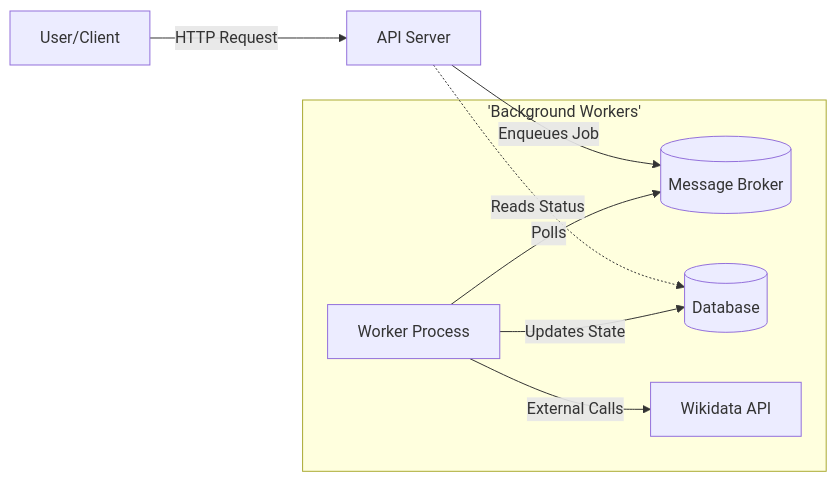
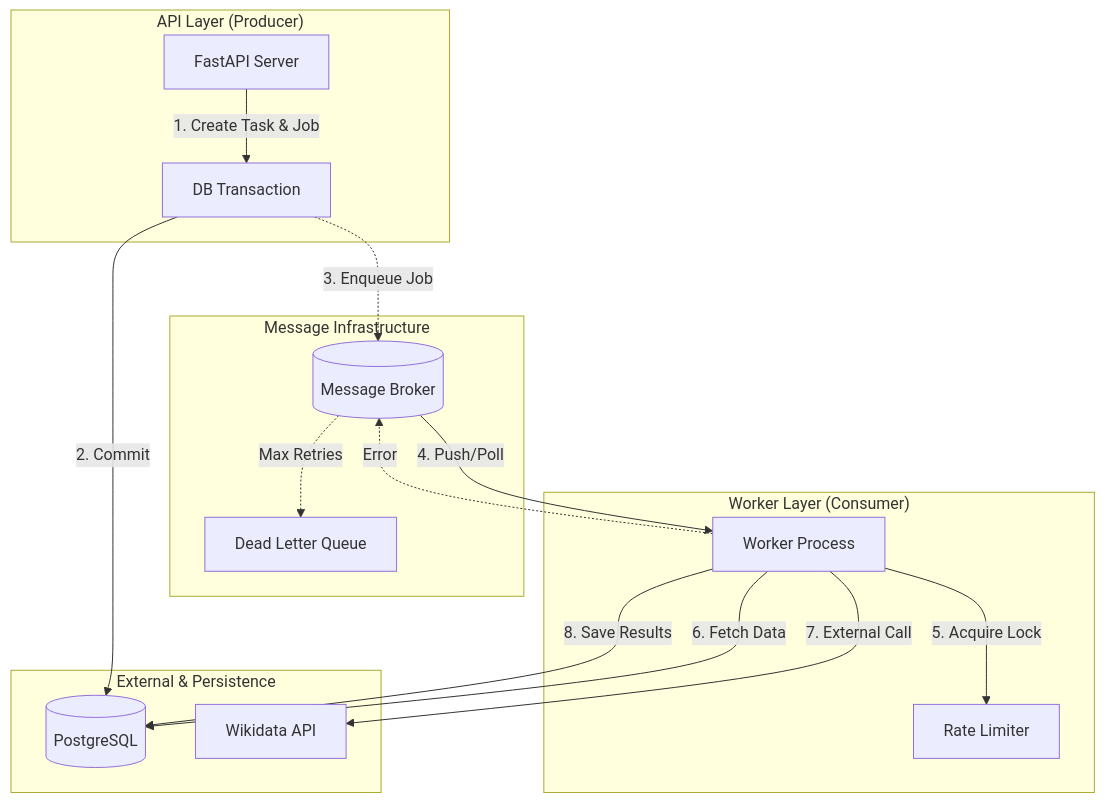
The diagram in backend/BACKGROUND_PROCESSING_DESIGN.md (kosovojs/record-linker-v1), drawn with Mermaid before and after one commit. The commit also changed other lines of this file, not shown here.

First line of the commit message:
docs(backend): expand background processing design document

````diff
--- a/backend/BACKGROUND_PROCESSING_DESIGN.md
+++ b/backend/BACKGROUND_PROCESSING_DESIGN.md
@@ -11,12 +20,35 @@
 ```mermaid
-graph LR
-    User[User/Client] -->|HTTP Request| API[API Server]
-    API -->|Enqueues Job| Broker[(Message Broker)]
-    API -.->|Reads Status| DB[(Database)]
+graph TD
+    subgraph "API Layer (Producer)"
+        API[FastAPI Server]
+        Transaction[DB Transaction]
+    end
 
-    subgraph 'Background Workers'
-        Worker[Worker Process] -->|Polls| Broker
-        Worker -->|External Calls| Wikidata[Wikidata API]
-        Worker -->|Updates State| DB
+    subgraph "Message Infrastructure"
+        Broker[(Message Broker)]
+        DLQ[Dead Letter Queue]
     end
+
+    subgraph "Worker Layer (Consumer)"
+        Worker[Worker Process]
+        Limiter[Rate Limiter]
+    end
+
+    subgraph "External & Persistence"
+        DB[(PostgreSQL)]
+        Wikidata[Wikidata API]
+    end
+
+    API -->|1. Create Task & Job| Transaction
+    Transaction -->|2. Commit| DB
+    Transaction -.->|3. Enqueue Job| Broker
+
+    Broker -->|4. Push/Poll| Worker
+    Worker -->|5. Acquire Lock| Limiter
+    Worker -->|6. Fetch Data| DB
+    Worker -->|7. External Call| Wikidata
+    Worker -->|8. Save Results| DB
+
+    Worker -.->|Error| Broker
+    Broker -.->|Max Retries| DLQ
 ```
````
